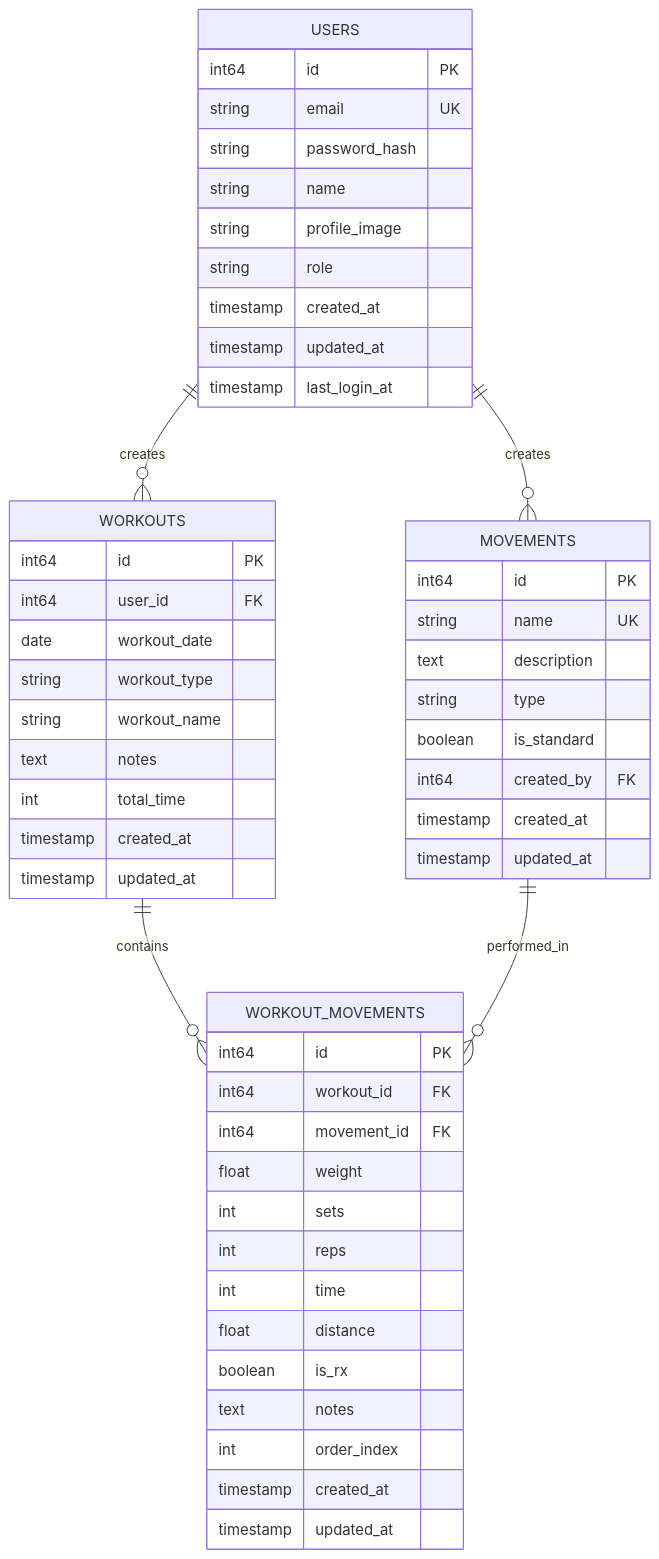
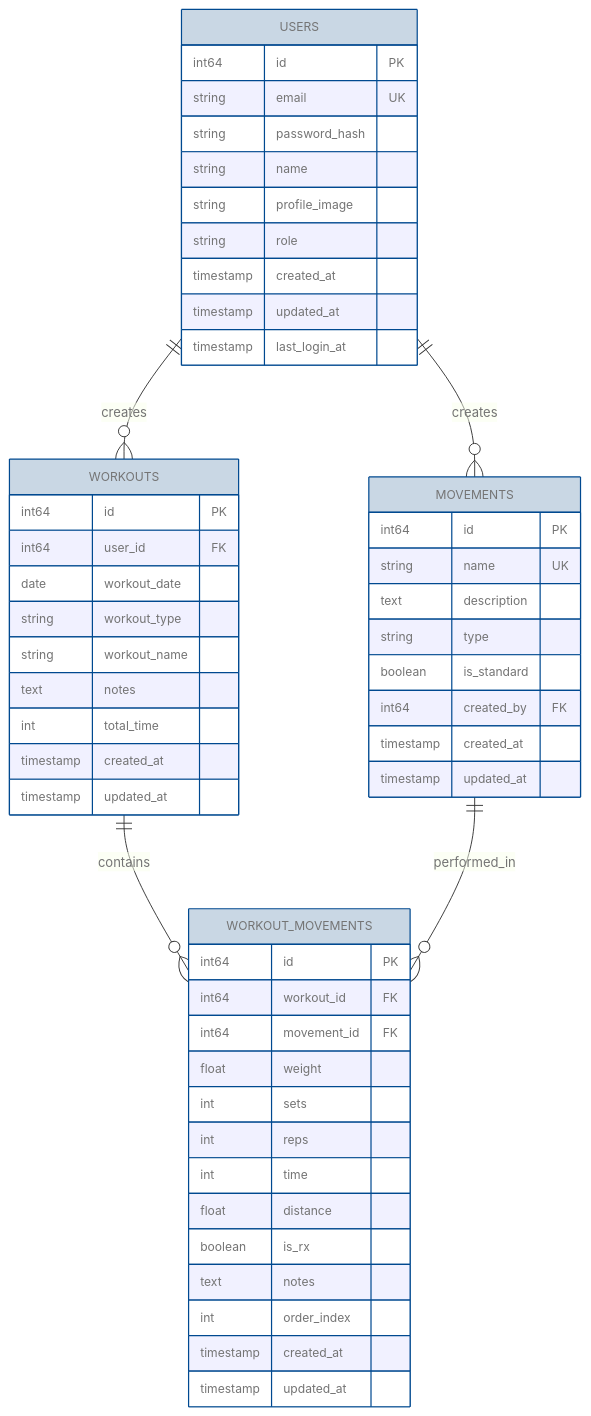
The diagram in docs/DATABASE_SCHEMA.md (johnzastrow/actalog), drawn with Mermaid before and after one commit.

Commit message:
feat: Update Entity Relationship Diagram theme variables for improved visualization

````diff
--- a/docs/DATABASE_SCHEMA.md
+++ b/docs/DATABASE_SCHEMA.md
@@ -17,58 +17,81 @@
 ```mermaid
+%%{init: 
+{
+  "theme": "default",
+  "themeVariables": {
+    "nodeBorder" : "#004990",
+    "mainBkg" : "#c9d7e4",
+    "actorBkg" : "#01A6F0",
+    "signalColor" : "#F34F1C",
+    "textColor" : "#747474",
+    "loopTextColor" : "#C7C7C7",
+    "labelTextColor" : "#C7C7C7",
+    "labelBoxBorderColor" : "#7FBC00",
+    "labelBoxBkgColor" : "#7FBC00",
+    "noteBkgColor" : "#FFBA01",
+    "noteBorderColor": "#FFBA01",
+    "fontFamily": "Inter",
+    "fontSize": "13px"
+ }
+}
+}%%
+
+
+
 erDiagram
     USERS ||--o{ WORKOUTS : creates
     USERS ||--o{ MOVEMENTS : creates
     WORKOUTS ||--o{ WORKOUT_MOVEMENTS : contains
     MOVEMENTS ||--o{ WORKOUT_MOVEMENTS : performed_in
 
     USERS {
         int64 id PK
         string email UK
         string password_hash
         string name
         string profile_image
         string role
         timestamp created_at
         timestamp updated_at
         timestamp last_login_at
     }
 
     WORKOUTS {
         int64 id PK
         int64 user_id FK
         date workout_date
         string workout_type
         string workout_name
         text notes
         int total_time
         timestamp created_at
         timestamp updated_at
     }
 
     MOVEMENTS {
         int64 id PK
         string name UK
         text description
         string type
         boolean is_standard
         int64 created_by FK
         timestamp created_at
         timestamp updated_at
     }
 
     WORKOUT_MOVEMENTS {
         int64 id PK
         int64 workout_id FK
         int64 movement_id FK
         float weight
         int sets
         int reps
         int time
         float distance
         boolean is_rx
         text notes
         int order_index
         timestamp created_at
         timestamp updated_at
     }
 ```
````
